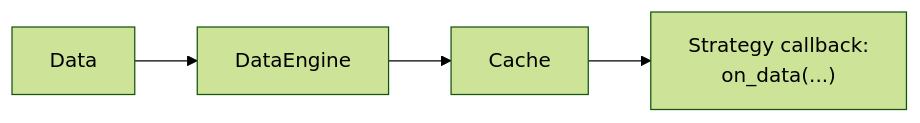
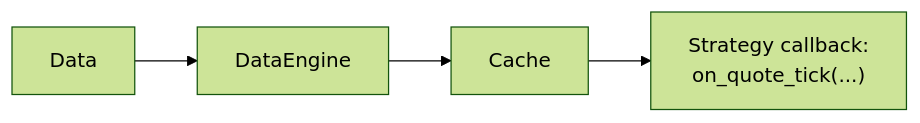
One commit to wukai9203/nautilus_trader changed the diagram in docs_zh/concepts/cache.md. Above: the diagram before and after it, drawn with Mermaid (forest theme). The commit also changed other lines of this file and 101 other files, not shown here.

````diff
--- a/docs_zh/concepts/cache.md
+++ b/docs_zh/concepts/cache.md
@@ -29,9 +29,9 @@
 ```mermaid
 flowchart LR
     data[Data]
     engine[DataEngine]
     cache[Cache]
-    callback["Strategy callback:<br/>on_data(...)"]
+    callback["Strategy callback:<br/>on_quote_tick(...)"]
 
     data --> engine --> cache --> callback
 ```
````
